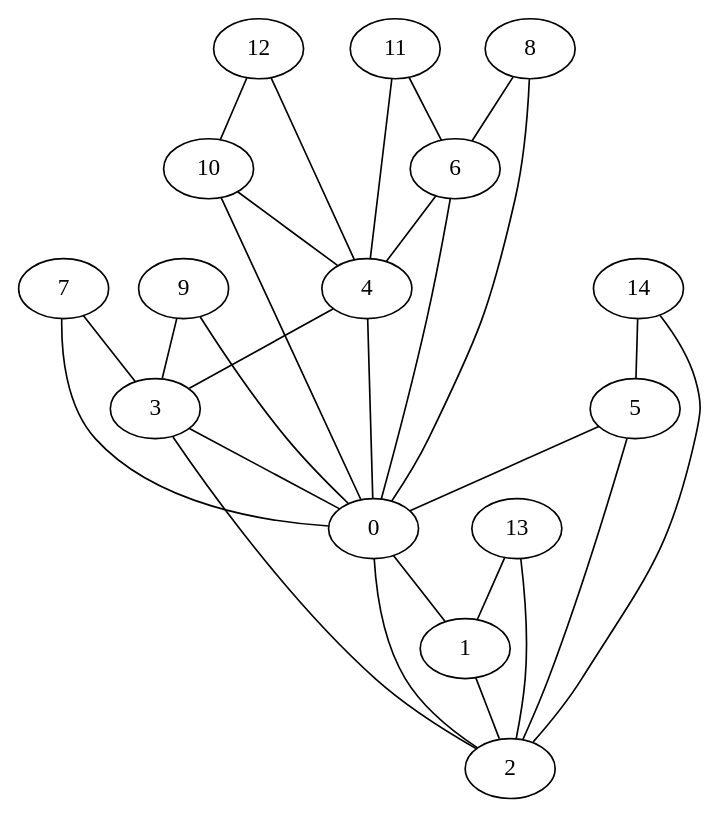
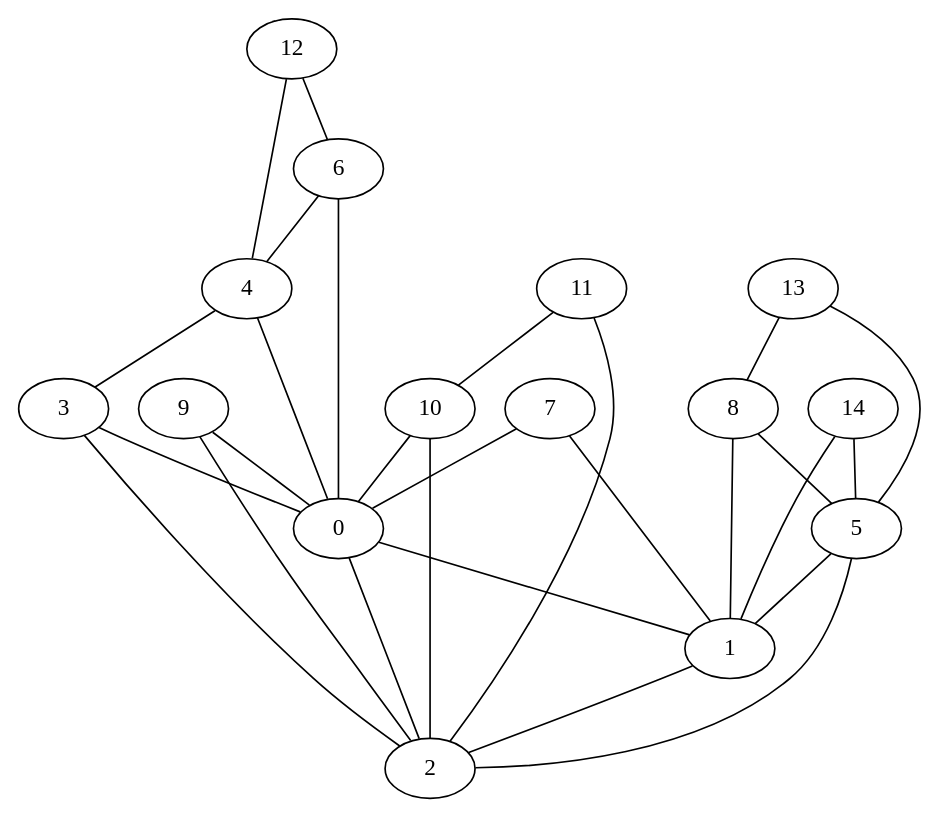
The diagram in grafo_dorogovtsev_15.gv (FranciscoMGL/Proyecto-Algoritmos), drawn with Graphviz before and after one commit. The commit also changed 30 other files, not shown here.

```diff
--- a/grafo_dorogovtsev_15.gv
+++ b/grafo_dorogovtsev_15.gv
@@ -1,29 +1,44 @@
 graph G {
+  "0";
+  "1";
+  "2";
+  "3";
+  "4";
+  "5";
+  "6";
+  "7";
+  "8";
+  "9";
+  "10";
+  "11";
+  "12";
+  "13";
+  "14";
+    "12" -- "6";
     "4" -- "3";
-    "7" -- "3";
     "6" -- "4";
     "12" -- "4";
+    "13" -- "5";
     "0" -- "2";
-    "5" -- "0";
-    "8" -- "0";
     "5" -- "2";
-    "12" -- "10";
-    "14" -- "2";
-    "11" -- "6";
-    "8" -- "6";
-    "9" -- "3";
-    "11" -- "4";
+    "11" -- "2";
     "0" -- "1";
     "7" -- "0";
     "1" -- "2";
     "4" -- "0";
     "10" -- "0";
-    "13" -- "2";
-    "10" -- "4";
+    "11" -- "10";
+    "5" -- "1";
+    "10" -- "2";
+    "8" -- "1";
+    "14" -- "1";
+    "8" -- "5";
     "14" -- "5";
     "3" -- "0";
     "9" -- "0";
     "6" -- "0";
     "3" -- "2";
-    "13" -- "1";
+    "9" -- "2";
+    "7" -- "1";
+    "13" -- "8";
 }
```
